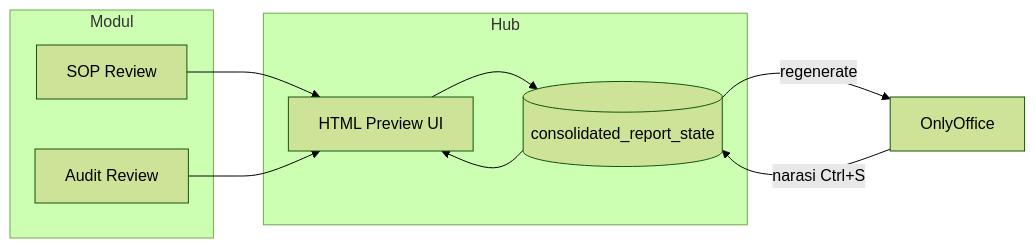
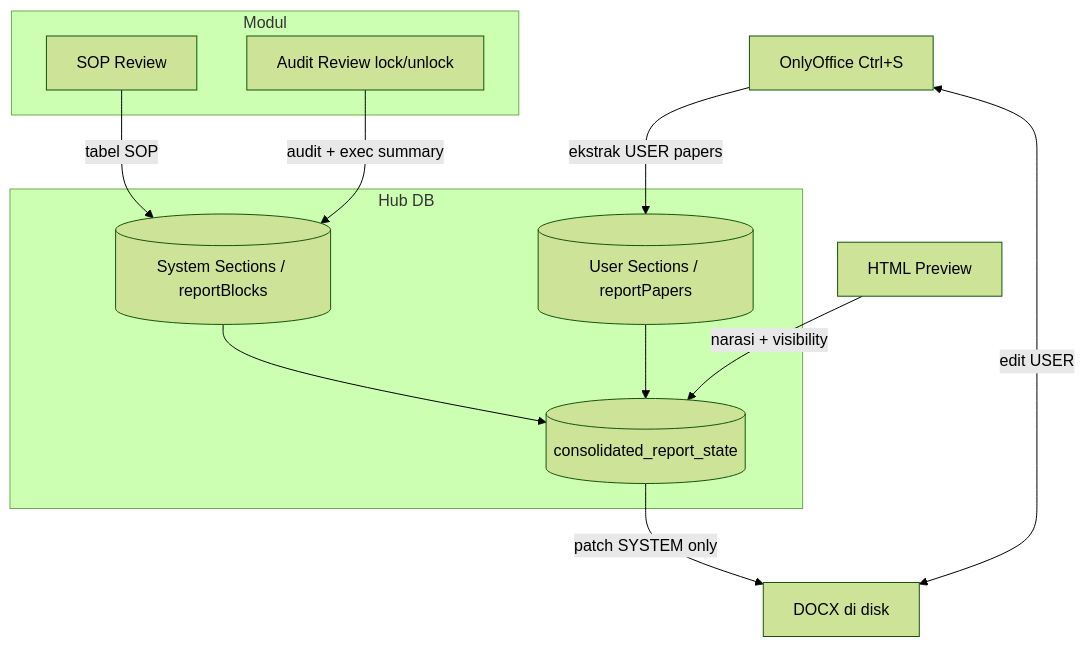
Before and after one commit to Kaluna7/Kias-Company-System: the diagram in src/app/lib/report/ARCHITECTURE.md, drawn with Mermaid (forest theme). The commit also changed other lines of this file and 122 other files, not shown here.

First line of the commit message:
feat: HTML preview-driven OnlyOffice reports and deployment notes for Files storage

````diff
--- a/src/app/lib/report/ARCHITECTURE.md
+++ b/src/app/lib/report/ARCHITECTURE.md
@@ -89,18 +88,27 @@
 ```mermaid
-flowchart LR
+flowchart TB
   subgraph modules [Modul]
     SOP[SOP Review]
-    AUD[Audit Review]
+    AUD[Audit Review lock/unlock]
   end
-  subgraph hub [Hub]
-    PRE[HTML Preview UI]
-    DB[(consolidated_report_state)]
+
+  subgraph hub [Hub DB]
+    USER_DB[(User Sections / reportPapers)]
+    SYS_DB[(System Sections / reportBlocks)]
+    STATE[(consolidated_report_state)]
   end
-  OO[OnlyOffice]
-  SOP --> PRE
-  AUD --> PRE
-  PRE --> DB
-  OO -->|narasi Ctrl+S| DB
-  DB --> PRE
-  DB -->|regenerate| OO
+
+  OO[OnlyOffice Ctrl+S]
+  PRE[HTML Preview]
+
+  OO -->|ekstrak USER papers| USER_DB
+  USER_DB --> STATE
+  PRE -->|narasi + visibility| STATE
+
+  SOP -->|tabel SOP| SYS_DB
+  AUD -->|audit + exec summary| SYS_DB
+  SYS_DB --> STATE
+
+  STATE -->|patch SYSTEM only| DOCX[DOCX di disk]
+  OO <-->|edit USER| DOCX
 ```
````
